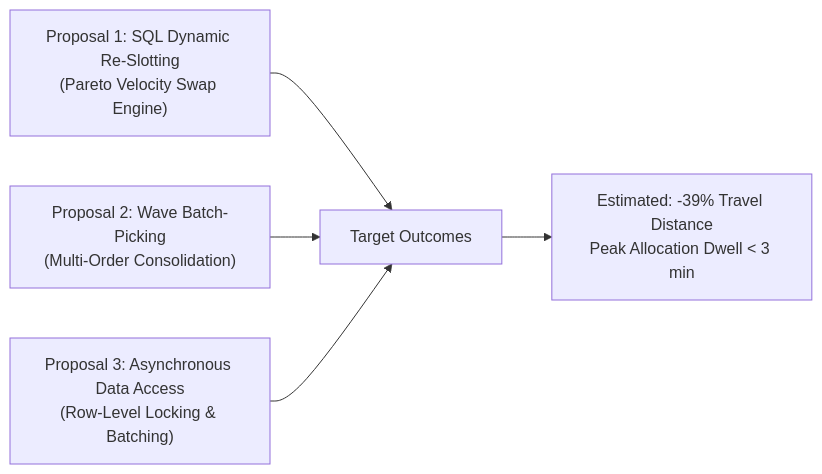
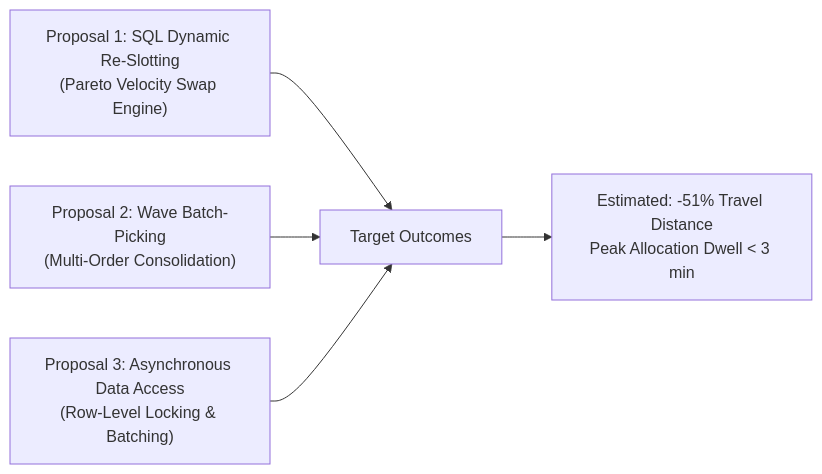
The second of 2 diagrams in docs/SYSTEM_IMPROVEMENT_REPORT.md (KiskuAryan/wms-operational-efficiency-audit), drawn with Mermaid before and after one commit. The commit also changed other lines of this file and 8 other files, not shown here.

Commit message:
Fix: Reconcile 4-SKU slotting scenario (586 picks, 152.4 km), enforce strict schema CHECK constraints, and implement dynamic SVG plotting

````diff
--- a/docs/SYSTEM_IMPROVEMENT_REPORT.md
+++ b/docs/SYSTEM_IMPROVEMENT_REPORT.md
@@ -110,7 +114,7 @@
 ```mermaid
 flowchart LR
     P1["Proposal 1: SQL Dynamic Re-Slotting<br>(Pareto Velocity Swap Engine)"] --> Benefits["Target Outcomes"]
     P2["Proposal 2: Wave Batch-Picking<br>(Multi-Order Consolidation)"] --> Benefits
     P3["Proposal 3: Asynchronous Data Access<br>(Row-Level Locking & Batching)"] --> Benefits
-    Benefits --> Outcome["Estimated: -39% Travel Distance<br>Peak Allocation Dwell < 3 min"]
+    Benefits --> Outcome["Estimated: -51% Travel Distance<br>Peak Allocation Dwell < 3 min"]
 ```
````
